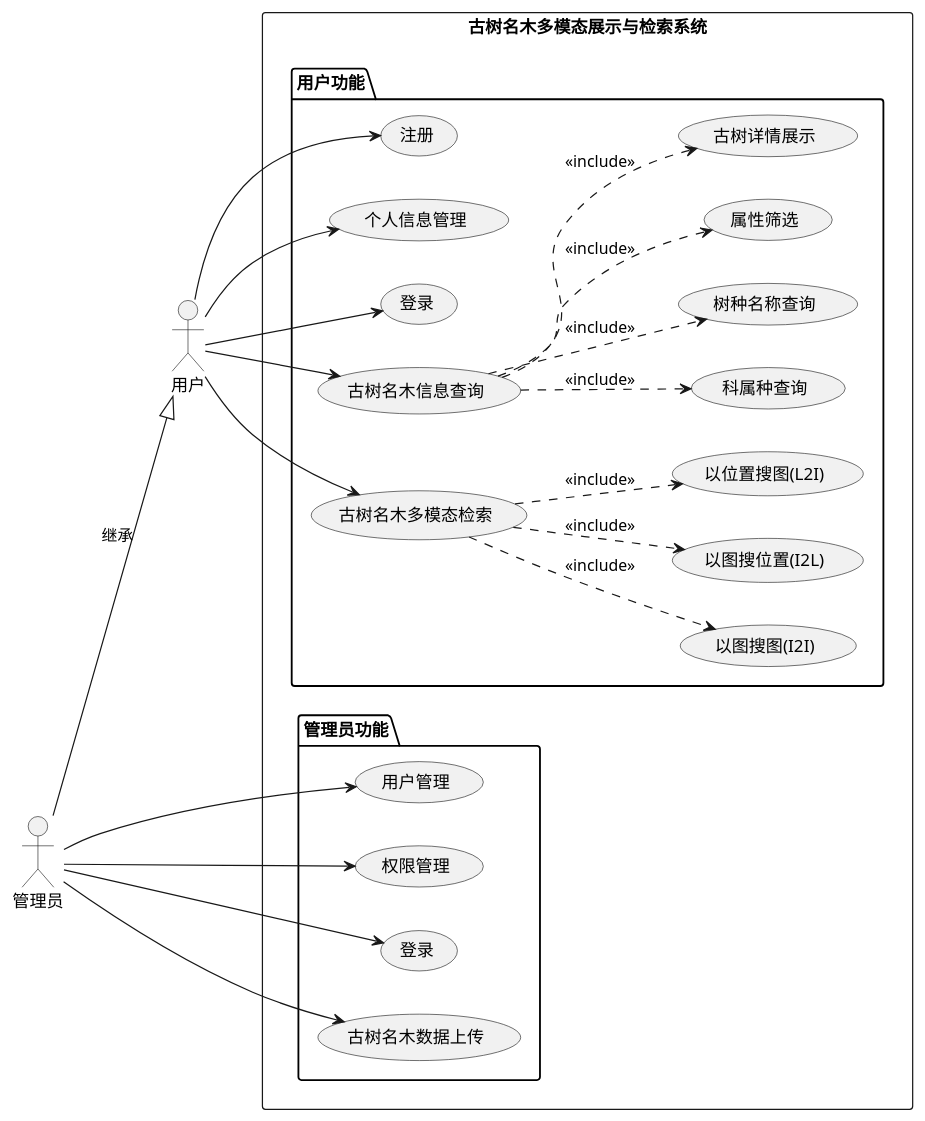
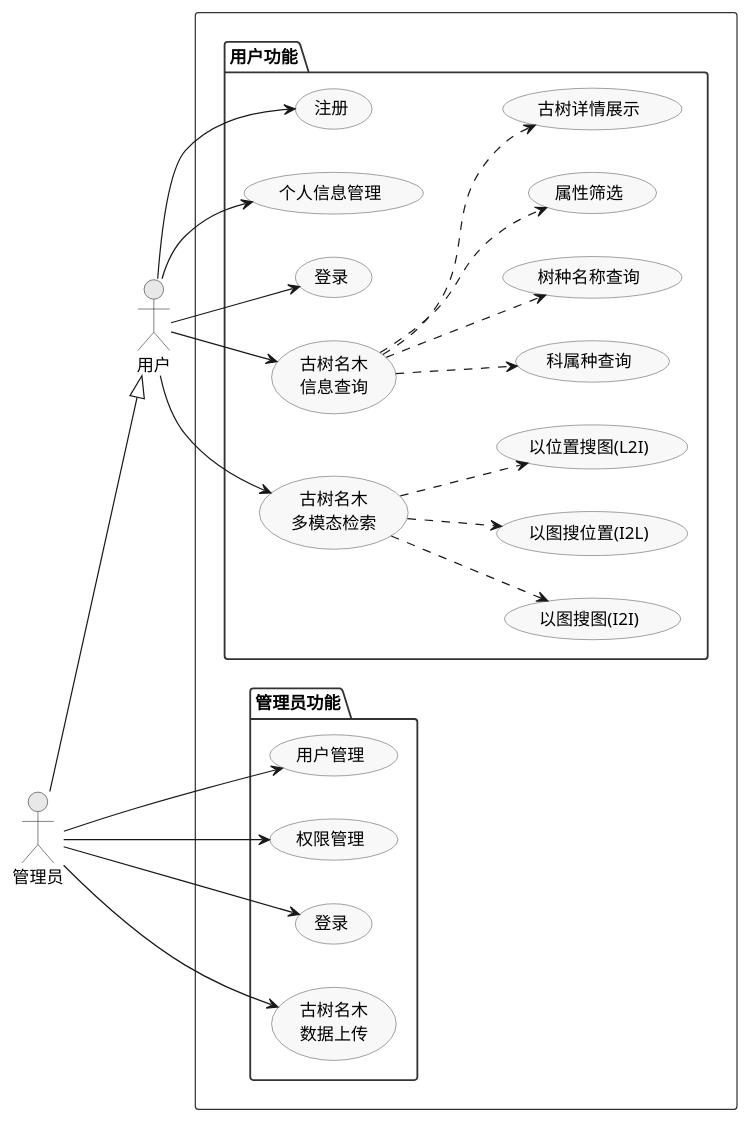
The diagram in word/第4章/图4.1 系统用例图.puml (ssl1995/imooc-wiki), drawn with PlantUML before and after one commit. The commit also changed 14 other files, not shown here.

```diff
--- a/word/第4章/图4.1 系统用例图.puml
+++ b/word/第4章/图4.1 系统用例图.puml
@@ -1,57 +1,66 @@
 @startuml
+
+skinparam defaultFontSize 14
+skinparam defaultFontName SimHei
+skinparam usecaseBackgroundColor #F8F8F8
+skinparam usecaseBorderColor #666666
+skinparam packageBackgroundColor #FFFFFF
+skinparam packageBorderColor #333333
+skinparam actorBackgroundColor #E8E8E8
+skinparam actorBorderColor #333333
 
 left to right direction
 
 actor "用户" as User
 actor "管理员" as Admin
 
-Admin --|> User : 继承
+Admin --|> User
 
-rectangle "古树名木多模态展示与检索系统" {
+rectangle  {
 
     package "用户功能" {
         usecase "注册" as UC6
         usecase "个人信息管理" as UC7
         usecase "登录" as UC5_1
 
-        usecase "古树名木信息查询" as UC8
+        usecase "古树名木\n信息查询" as UC8
         usecase "科属种查询" as UC8_1
         usecase "树种名称查询" as UC8_2
         usecase "属性筛选" as UC8_3
         usecase "古树详情展示" as UC8_4
 
-        usecase "古树名木多模态检索" as UC9
+        usecase "古树名木\n多模态检索" as UC9
         usecase "以图搜图(I2I)" as UC9_1
         usecase "以图搜位置(I2L)" as UC9_2
         usecase "以位置搜图(L2I)" as UC9_3
     }
 
     package "管理员功能" {
         usecase "用户管理" as UC3
         usecase "权限管理" as UC4
         usecase "登录" as UC5
-        usecase "古树名木数据上传" as UC1
+        usecase "古树名木\n数据上传" as UC1
     }
 }
 
 User --> UC5_1
 User --> UC6
 User --> UC7
 User --> UC8
 User --> UC9
 
 Admin --> UC1
 Admin --> UC3
 Admin --> UC4
 Admin --> UC5
 
-UC8 ..> UC8_1 : <<include>>
-UC8 ..> UC8_2 : <<include>>
-UC8 ..> UC8_3 : <<include>>
-UC8 ..> UC8_4 : <<include>>
+UC8 ..> UC8_1
+UC8 ..> UC8_2
+UC8 ..> UC8_3
+UC8 ..> UC8_4
 
-UC9 ..> UC9_1 : <<include>>
-UC9 ..> UC9_2 : <<include>>
-UC9 ..> UC9_3 : <<include>>
+UC9 ..> UC9_1
+UC9 ..> UC9_2
+UC9 ..> UC9_3
 
 @enduml
```
